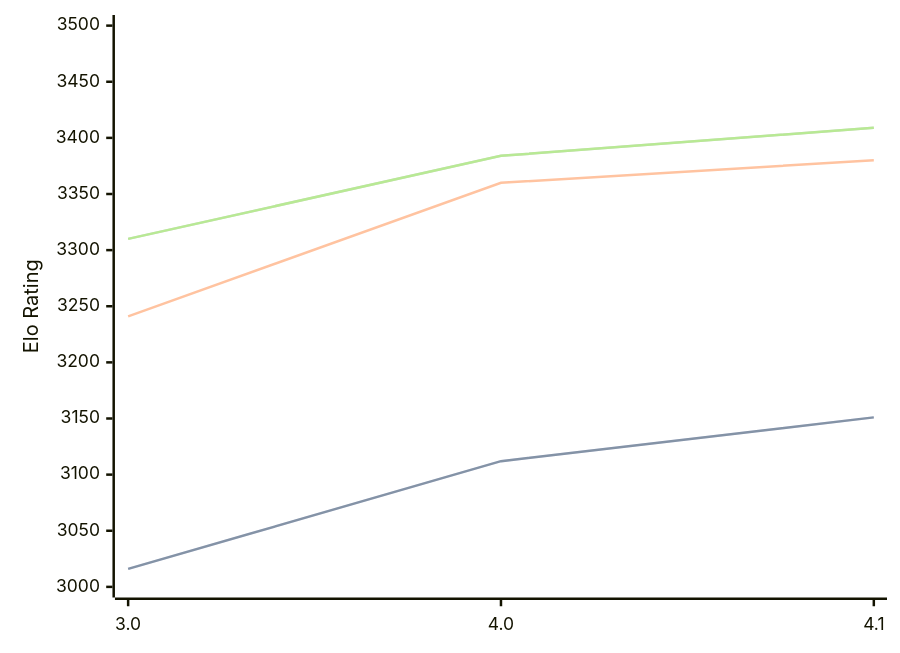
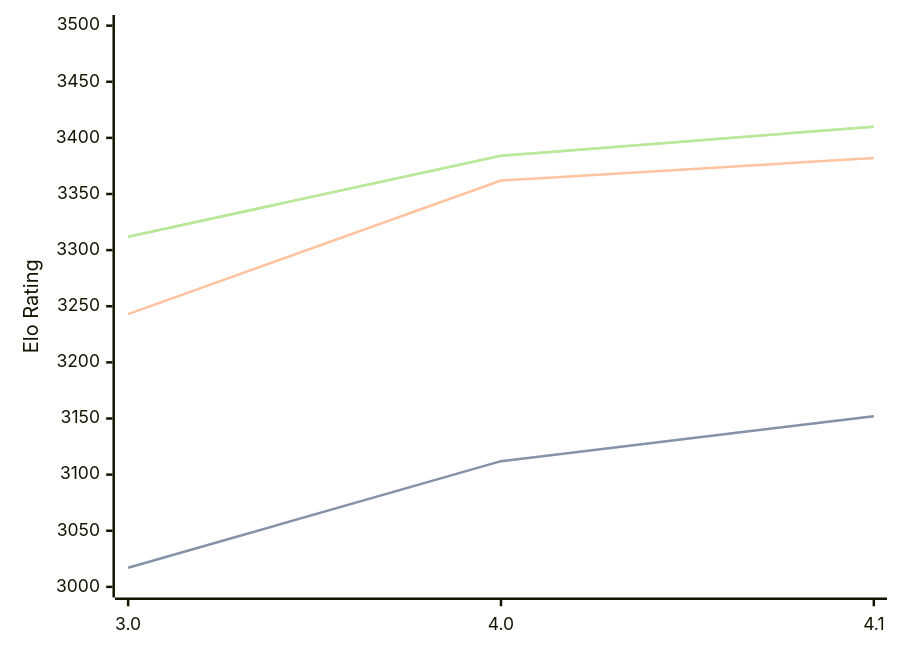
One commit to computer-chess-index/cci changed the diagram in engines/Eleanor.md. Above: the diagram before and after it, drawn with Mermaid. The commit also changed other lines of this file, not shown here.

Commit message:
Update CCI Ratings (ELO VLTC) - 2026-07-24

````diff
--- a/engines/Eleanor.md
+++ b/engines/Eleanor.md
@@ -35,11 +35,11 @@
 ```mermaid
 %%{init: {"theme":"base","themeVariables":{"seriesColors:['#a3a3a3','#222221','#faa371']}}}%%
 xychart-beta
   x-axis ["3.0", "4.0", "4.1"]
   y-axis "Elo Rating" 3000 --> 3500
-  line "STC (8.0+0.08s)" [3016, 3112, 3151]
-  line "STC (8.0+0.08s)" [3016, 3112, 3151]
-  line "LTC (60.0+0.60s)" [3241, 3360, 3380]
-  line "VLTC (2m24s+1.12s)" [3310, 3384, 3409]
-  line "VLTC (2m24s+1.12s)" [3310, 3384, 3409]
+  line "STC (8.0+0.08s)" [3017, 3112, 3152]
+  line "STC (8.0+0.08s)" [3017, 3112, 3152]
+  line "LTC (60.0+0.60s)" [3243, 3362, 3382]
+  line "VLTC (2m24s+1.12s)" [3312, 3384, 3410]
+  line "VLTC (2m24s+1.12s)" [3312, 3384, 3410]
 ```
````
